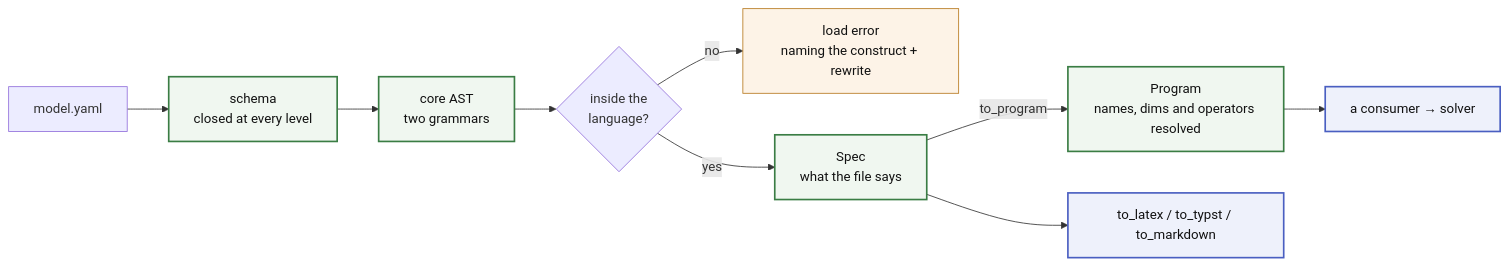
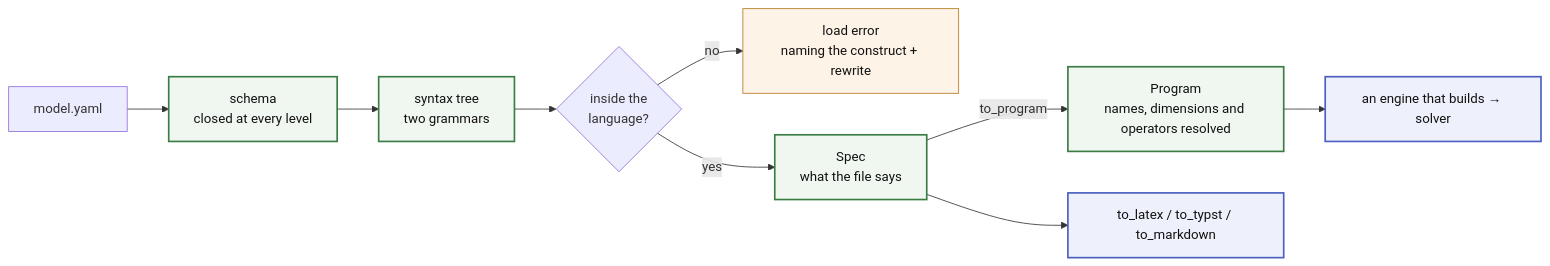
The diagram in README.md (energy-models/math-spec), drawn with Mermaid before and after one commit. The commit also changed other lines of this file and 50 other files, not shown here.

````diff
--- a/README.md
+++ b/README.md
@@ -50,18 +49,18 @@
 ```mermaid
 flowchart LR
     Y["model.yaml"] --> S["schema<br/>closed at every level"]
-    S --> AST["core AST<br/>two grammars"]
+    S --> AST["syntax tree<br/>two grammars"]
     AST --> Q{"inside the<br/>language?"}
     Q -->|"no"| ERR["load error<br/>naming the construct + rewrite"]
     Q -->|"yes"| M["Spec<br/>what the file says"]
-    M -->|"to_program"| P["Program<br/>names, dims and operators resolved"]
-    P --> ENG["a consumer → solver"]
+    M -->|"to_program"| P["Program<br/>names, dimensions and operators resolved"]
+    P --> ENG["an engine that builds → solver"]
     M --> T["to_latex / to_typst / to_markdown"]
 
     classDef spec fill:#f0f7f0,stroke:#3a7d44,stroke-width:2px,color:#111
     classDef consumer fill:#eef1fb,stroke:#4a5fc1,stroke-width:2px,color:#111
     classDef err fill:#fdf3e7,stroke:#b7791f,color:#111
     class S,AST,M,P spec
     class ENG,T consumer
     class ERR err
 ```
````
